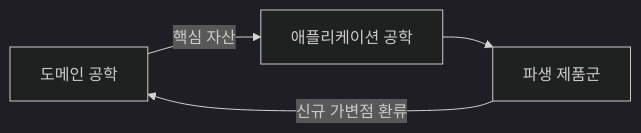
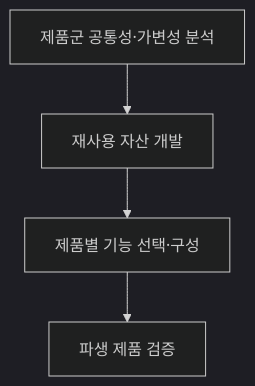
One commit to agnusdei1207/study changed the first of 2 diagrams in src/content/docs/notes/itpe/02-software-engineering/104_product_line_engineering.md. Above: the diagram before and after it, drawn with Mermaid (dark theme). The commit also changed other lines of this file and 31 other files, not shown here.

````diff
--- a/src/content/docs/notes/itpe/02-software-engineering/104_product_line_engineering.md
+++ b/src/content/docs/notes/itpe/02-software-engineering/104_product_line_engineering.md
@@ -38,5 +54,6 @@
 ```mermaid
-flowchart LR
-    D["도메인 공학"] -->|핵심 자산| P["애플리케이션 공학"] --> F["파생 제품군"]
-    F -->|신규 가변점 환류| D
+flowchart TD
+    A["제품군 공통성·가변성 분석"] --> B["재사용 자산 개발"]
+    B --> C["제품별 기능 선택·구성"]
+    C --> D["파생 제품 검증"]
 ```
````
